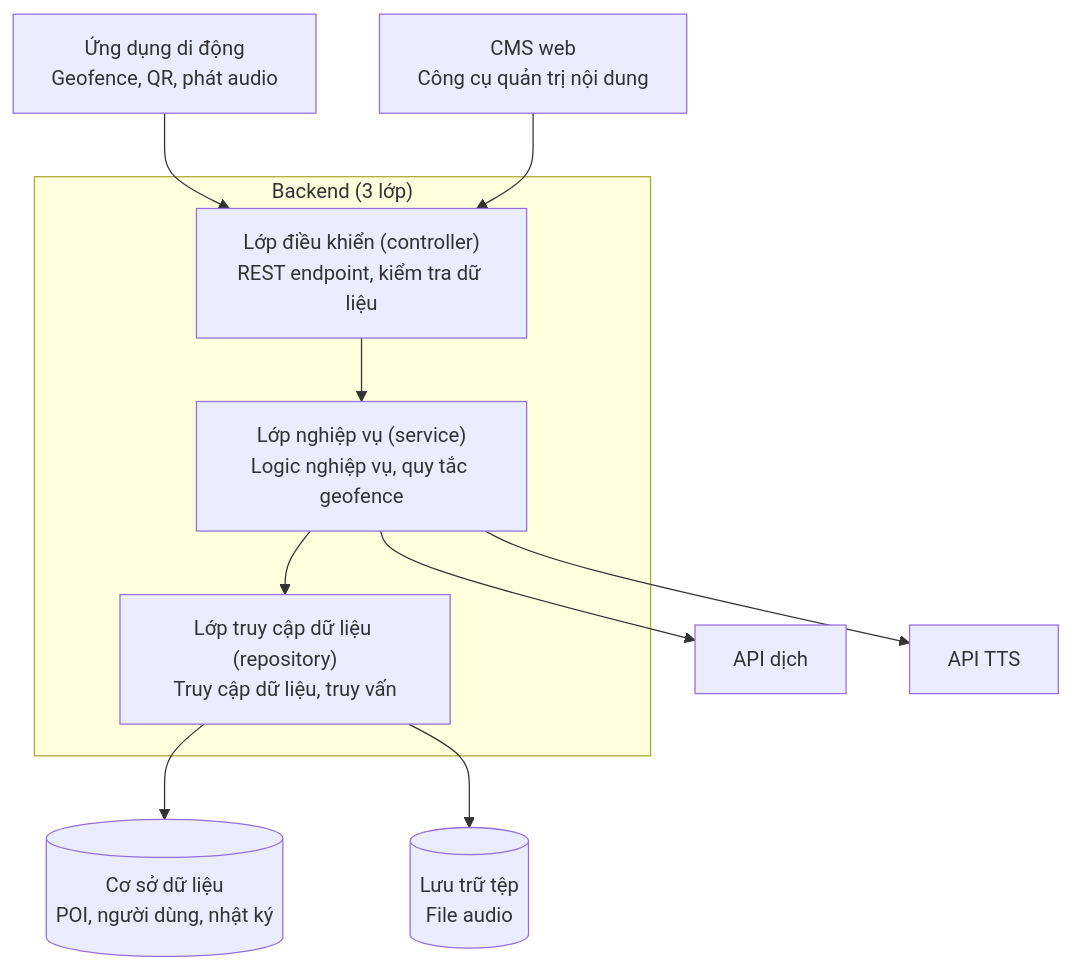
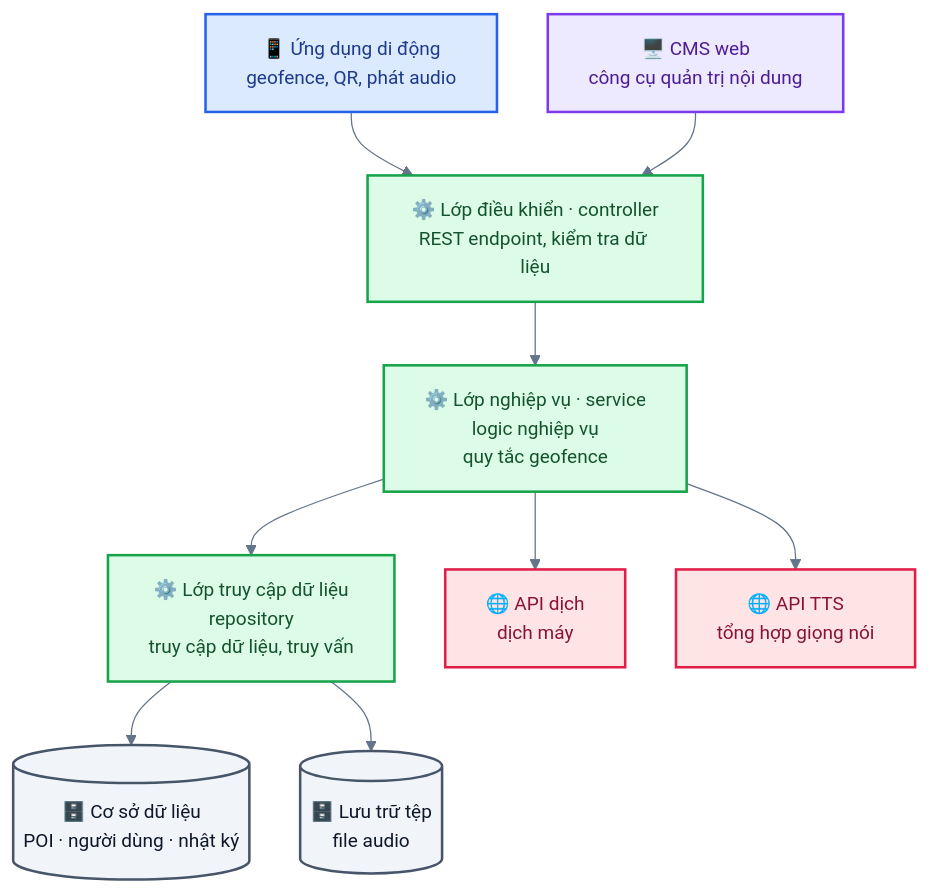
Before and after one commit to AiraLeFatale/CongNghePhanMem_Project: the sixth of 9 diagrams in README.md, drawn with Mermaid. The commit also changed other lines of this file and 181 other files, not shown here.

````diff
--- a/README.md
+++ b/README.md
@@ -90,25 +166,27 @@
 ```mermaid
+%%{init: {"theme":"base","fontFamily":"Helvetica Neue, Arial, sans-serif","themeVariables":{"fontFamily":"Helvetica Neue, Arial, sans-serif","fontSize":"15px","primaryColor":"#EFF6FF","primaryBorderColor":"#3B82F6","primaryTextColor":"#0F172A","lineColor":"#64748B","secondaryColor":"#F0FDF4","tertiaryColor":"#FFFFFF","clusterBkg":"#F8FAFC","clusterBorder":"#CBD5E1","edgeLabelBackground":"#FFFFFF","noteBkgColor":"#FEF9C3","noteBorderColor":"#EAB308","actorBkg":"#DBEAFE","actorBorder":"#2563EB","actorTextColor":"#1E3A8A","signalColor":"#475569","signalTextColor":"#0F172A","labelBoxBkgColor":"#F1F5F9","labelBoxBorderColor":"#94A3B8","activationBkgColor":"#E0F2FE","activationBorderColor":"#0284C7","sequenceNumberColor":"#FFFFFF","pie1":"#16A34A","pie2":"#F59E0B","pie3":"#94A3B8","pie4":"#DC2626","pie5":"#2563EB","pie6":"#7C3AED","pieStrokeColor":"#FFFFFF","pieSectionTextColor":"#FFFFFF","quadrant1Fill":"#FEE2E2","quadrant2Fill":"#FEF3C7","quadrant3Fill":"#DCFCE7","quadrant4Fill":"#FEF3C7","quadrantPointFill":"#1E3A8A","quadrantPointTextFill":"#0F172A","git0":"#1E3A8A","gitBranchLabel0":"#FFFFFF","cScale0":"#DBEAFE","cScale1":"#DCFCE7","cScale2":"#EDE9FE","cScale3":"#FEF3C7","cScale4":"#FFE4E6","cScale5":"#E0F2FE","cScale6":"#F1F5F9"},"flowchart":{"curve":"basis","padding":16,"nodeSpacing":40,"rankSpacing":50},"sequence":{"showSequenceNumbers":true,"mirrorActors":false}}}%%
 flowchart TB
-    MOBILE["Ứng dụng di động<br/>Geofence, QR, phát audio"]
-    CMS["CMS web<br/>Công cụ quản trị nội dung"]
-
-    subgraph BACKEND["Backend (3 lớp)"]
-        CTRL["Lớp điều khiển (controller)<br/>REST endpoint, kiểm tra dữ liệu"]
-        SVC["Lớp nghiệp vụ (service)<br/>Logic nghiệp vụ, quy tắc geofence"]
-        REPO["Lớp truy cập dữ liệu (repository)<br/>Truy cập dữ liệu, truy vấn"]
-    end
-
-    TR["API dịch"]
-    TTS["API TTS"]
-    DB[("Cơ sở dữ liệu<br/>POI, người dùng, nhật ký")]
-    FS[("Lưu trữ tệp<br/>File audio")]
+    MOBILE["📱 Ứng dụng di động<br/>geofence, QR, phát audio"]:::mobile
+    CMS["🖥️ CMS web<br/>công cụ quản trị nội dung"]:::cms
+    CTRL["⚙️ Lớp điều khiển · controller<br/>REST endpoint, kiểm tra dữ liệu"]:::backend
+    SVC["⚙️ Lớp nghiệp vụ · service<br/>logic nghiệp vụ<br/>quy tắc geofence"]:::backend
+    REPO["⚙️ Lớp truy cập dữ liệu<br/>repository<br/>truy cập dữ liệu, truy vấn"]:::backend
+    TR["🌐 API dịch<br/>dịch máy"]:::ext
+    TTS["🌐 API TTS<br/>tổng hợp giọng nói"]:::ext
+    DB[("🗄️ Cơ sở dữ liệu<br/>POI · người dùng · nhật ký")]:::data
+    FS[("🗄️ Lưu trữ tệp<br/>file audio")]:::data
 
     MOBILE --> CTRL
     CMS --> CTRL
     CTRL --> SVC
-    SVC --> REPO
     SVC --> TR
     SVC --> TTS
+    SVC --> REPO
     REPO --> DB
     REPO --> FS
+    classDef mobile fill:#DBEAFE,stroke:#2563EB,stroke-width:2px,color:#1E3A8A
+    classDef cms fill:#EDE9FE,stroke:#7C3AED,stroke-width:2px,color:#4C1D95
+    classDef backend fill:#DCFCE7,stroke:#16A34A,stroke-width:2px,color:#14532D
+    classDef ext fill:#FFE4E6,stroke:#E11D48,stroke-width:2px,color:#881337
+    classDef data fill:#F1F5F9,stroke:#475569,stroke-width:2px,color:#0F172A
 ```
````
